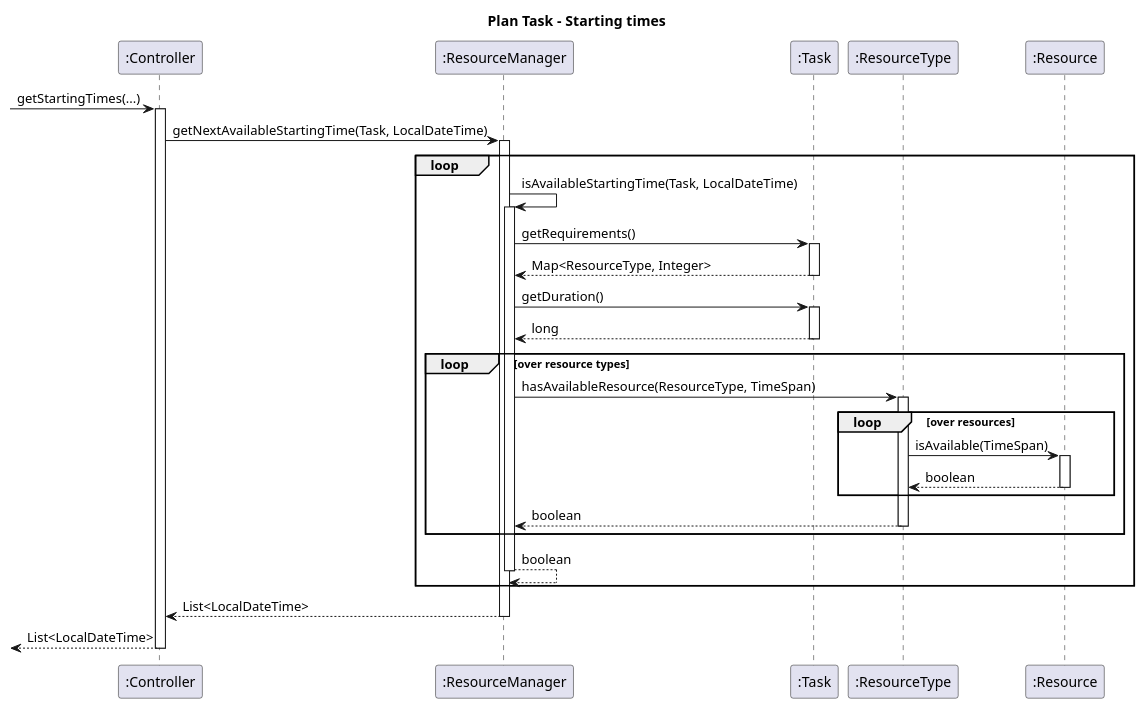
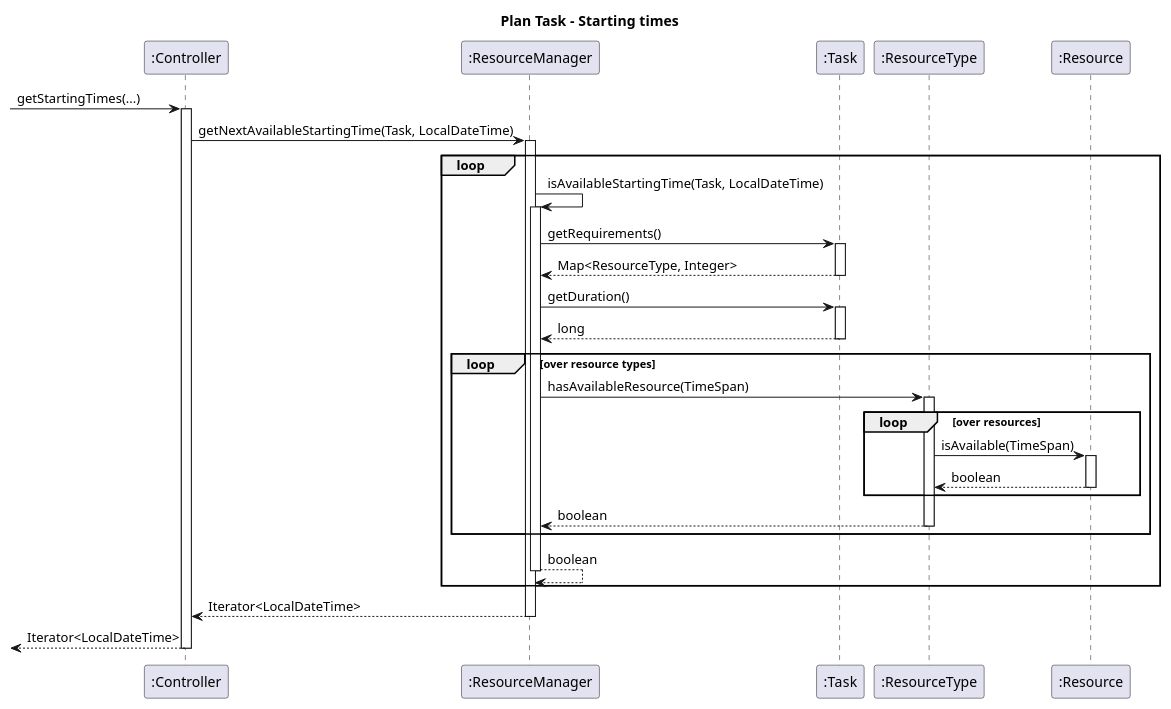
Before and after one commit to julienbenaouda/projectJJA: the diagram in diagrams/sequence_diagrams/Plan Task - Starting times new.plantuml, drawn with PlantUML. The commit also changed 1 other file, not shown here.

Commit message:
Add 'Plan Task - Get available resources'

```diff
--- a/diagrams/sequence_diagrams/Plan Task - Starting times new.plantuml
+++ b/diagrams/sequence_diagrams/Plan Task - Starting times new.plantuml
@@ -1,55 +1,55 @@
 @startuml
 
 title "Plan Task - Starting times"
 
 -> ":Controller": getStartingTimes(...)
 activate ":Controller"
 
 ":Controller" -> ":ResourceManager": getNextAvailableStartingTime(Task, LocalDateTime)
 activate ":ResourceManager"
 
 loop
     ":ResourceManager" -> ":ResourceManager": isAvailableStartingTime(Task, LocalDateTime)
     activate ":ResourceManager"
 
     ":ResourceManager" -> ":Task": getRequirements()
     activate ":Task"
     ":Task" --> ":ResourceManager": Map<ResourceType, Integer>
     deactivate ":Task"
 
     ":ResourceManager" -> ":Task": getDuration()
     activate ":Task"
     ":Task" --> ":ResourceManager": long
     deactivate ":Task"
 
     loop over resource types
 
-        ":ResourceManager" -> ":ResourceType": hasAvailableResource(ResourceType, TimeSpan)
+        ":ResourceManager" -> ":ResourceType": hasAvailableResource(TimeSpan)
         activate ":ResourceType"
 
         loop over resources
 
             ":ResourceType" -> ":Resource": isAvailable(TimeSpan)
             activate ":Resource"
 
             ":Resource" --> ":ResourceType": boolean
             deactivate ":Resource"
 
         end
 
         ":ResourceType" --> ":ResourceManager": boolean
         deactivate ":ResourceType"
 
     end
 
     ":ResourceManager" --> ":ResourceManager": boolean
     deactivate ":ResourceManager"
 end
 
-":ResourceManager" --> ":Controller": List<LocalDateTime>
+":ResourceManager" --> ":Controller": Iterator<LocalDateTime>
 deactivate ":ResourceManager"
 
-<-- ":Controller": List<LocalDateTime>
+<-- ":Controller": Iterator<LocalDateTime>
 deactivate ":Controller"
 
 @enduml
```
